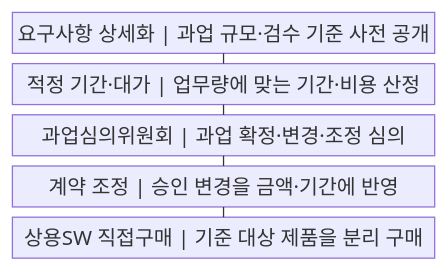
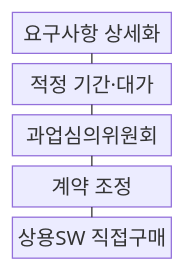
One commit to agnusdei1207/knowledge-base changed the first of 2 diagrams in src/content/docs/notes/03-software/227_software_promotion_act.md. Above: the diagram before and after it, drawn with Mermaid. The commit also changed other lines of this file and 238 other files, not shown here.

````diff
--- a/src/content/docs/notes/03-software/227_software_promotion_act.md
+++ b/src/content/docs/notes/03-software/227_software_promotion_act.md
@@ -54,13 +54,13 @@
 ```mermaid
-block
+block-beta
     columns 1
-    A["요구사항 상세화 | 과업 규모·검수 기준 사전 공개"]
-    B["적정 기간·대가 | 업무량에 맞는 기간·비용 산정"]
-    C["과업심의위원회 | 과업 확정·변경·조정 심의"]
-    D["계약 조정 | 승인 변경을 금액·기간에 반영"]
-    E["상용SW 직접구매 | 기준 대상 제품을 분리 구매"]
+    A["요구사항 상세화"]
+    B["적정 기간·대가"]
+    C["과업심의위원회"]
+    D["계약 조정"]
+    E["상용SW 직접구매"]
     A --- B
     B --- C
     C --- D
     D --- E
 ```
````
